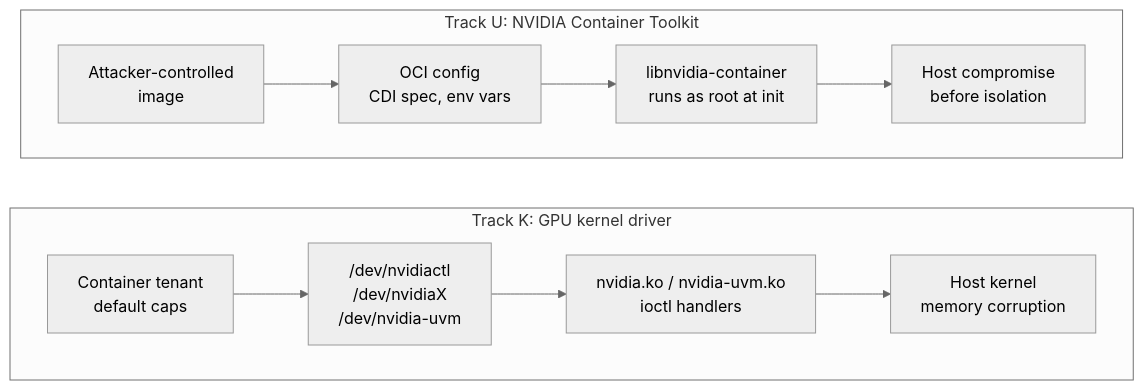
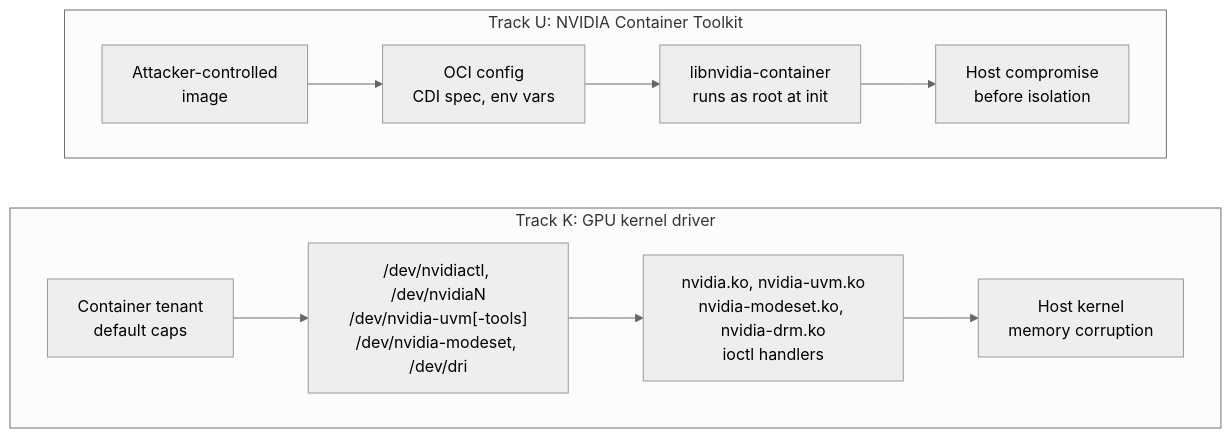
The diagram in docs/src/content/docs/index.mdx (Indspl0it/gspwn), drawn with Mermaid (neutral theme) before and after one commit. The commit also changed other lines of this file and 129 other files, not shown here.

````diff
--- a/docs/src/content/docs/index.mdx
+++ b/docs/src/content/docs/index.mdx
@@ -76,15 +81,15 @@
 ```mermaid
 flowchart LR
   subgraph K["Track K: GPU kernel driver"]
     direction LR
-    T1["Container tenant<br/>default caps"] --> N1["/dev/nvidiactl<br/>/dev/nvidiaX<br/>/dev/nvidia-uvm"]
-    N1 --> M1["nvidia.ko / nvidia-uvm.ko<br/>ioctl handlers"]
+    T1["Container tenant<br/>default caps"] --> N1["/dev/nvidiactl, /dev/nvidiaN<br/>/dev/nvidia-uvm[-tools]<br/>/dev/nvidia-modeset, /dev/dri"]
+    N1 --> M1["nvidia.ko, nvidia-uvm.ko<br/>nvidia-modeset.ko, nvidia-drm.ko<br/>ioctl handlers"]
     M1 --> H1["Host kernel<br/>memory corruption"]
   end
   subgraph U["Track U: NVIDIA Container Toolkit"]
     direction LR
     T2["Attacker-controlled<br/>image"] --> N2["OCI config<br/>CDI spec, env vars"]
     N2 --> M2["libnvidia-container<br/>runs as root at init"]
     M2 --> H2["Host compromise<br/>before isolation"]
   end
 ```
````
